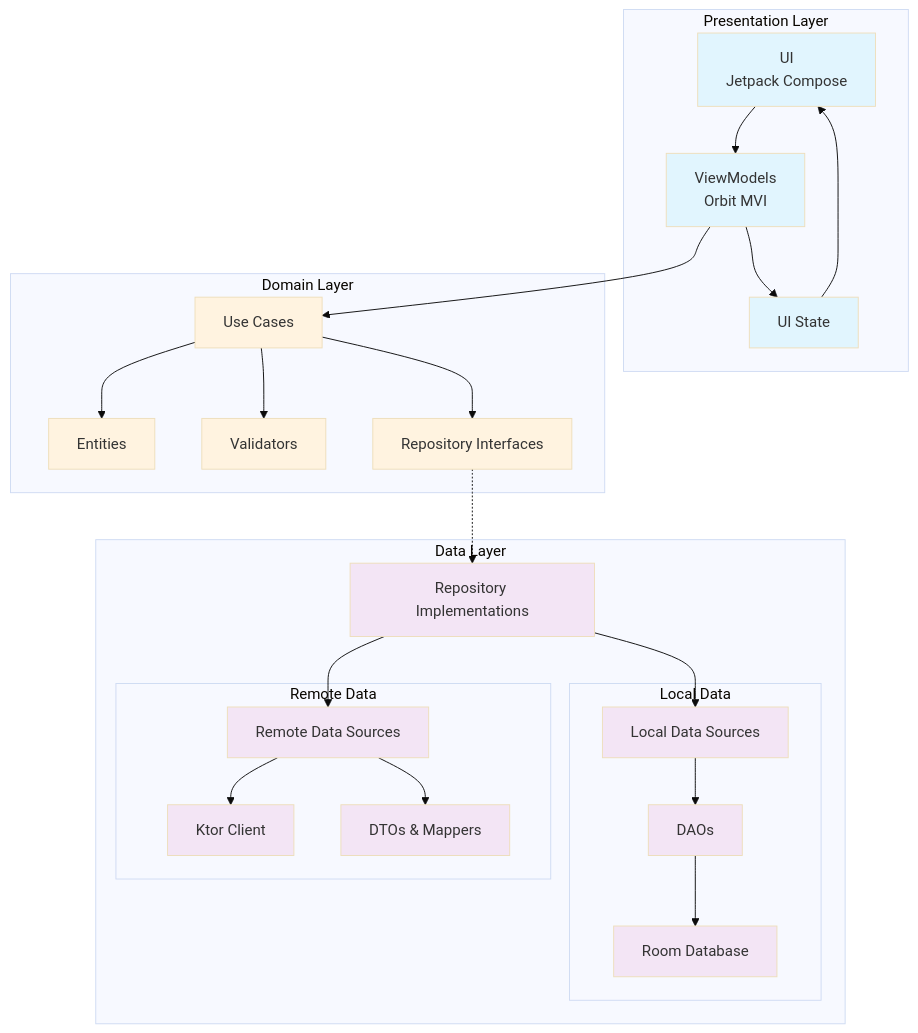
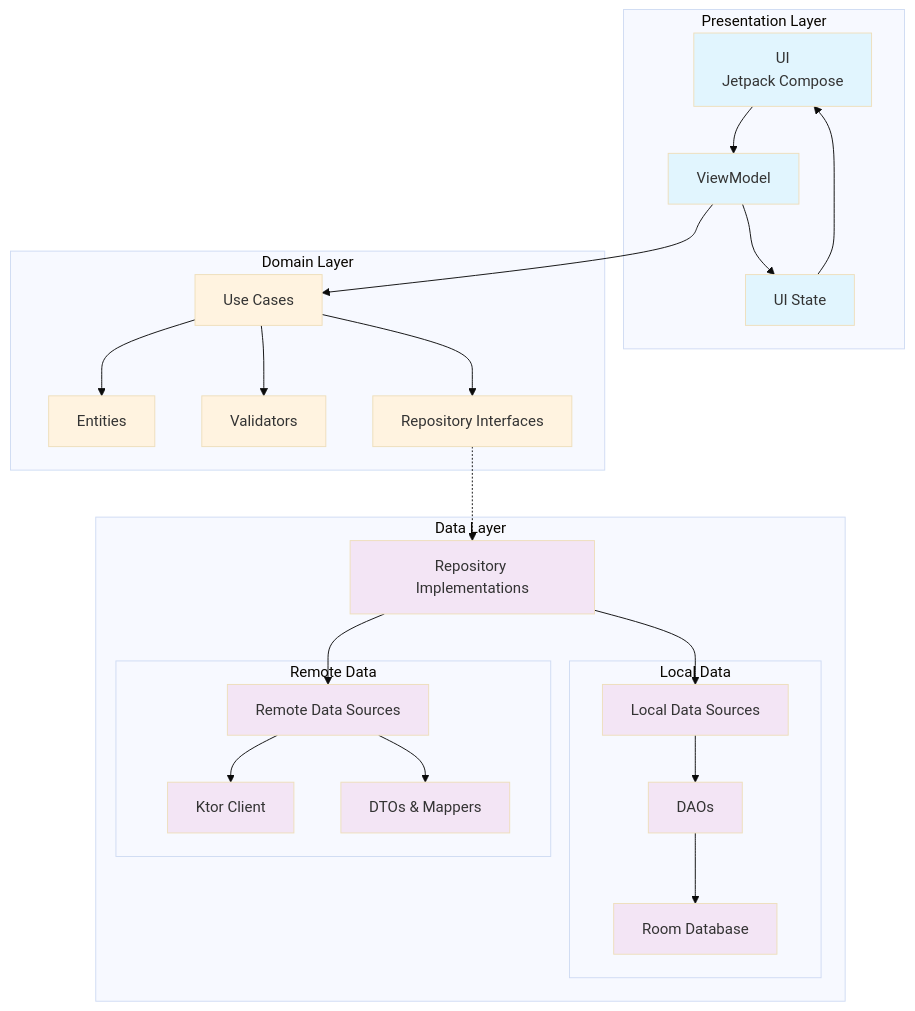
One commit to timurgilfanov/messenger changed the first of 2 diagrams in README.md. Above: the diagram before and after it, drawn with Mermaid (base theme). The commit also changed other lines of this file, not shown here.

First line of the commit message:
docs(architecture): update README to reflect migration from MVI to MVVM

````diff
--- a/README.md
+++ b/README.md
@@ -14,59 +14,59 @@
 ```mermaid
 graph TB
     subgraph "Presentation Layer"
         UI[UI<br/>Jetpack Compose]
-        VM[ViewModels<br/>Orbit MVI]
+        VM[ViewModel]
         UIState[UI State]
     end
     
     subgraph "Domain Layer"
         UC[Use Cases]
         E[Entities]
         V[Validators]
         RI[Repository Interfaces]
     end
     
     subgraph "Data Layer"
         REPO[Repository Implementations]
         subgraph "Local Data"
             ROOM[Room Database]
             DAO[DAOs]
             LDS[Local Data Sources]
         end
         subgraph "Remote Data"
             KTOR[Ktor Client]
             RDS[Remote Data Sources]
             DTO[DTOs & Mappers]
         end
     end
     
     UI --> VM
     VM --> UIState
     UIState --> UI
     VM --> UC
     UC --> RI
     RI -.-> REPO
     UC --> E
     UC --> V
     REPO --> LDS
     REPO --> RDS
     LDS --> DAO
     DAO --> ROOM
     RDS --> KTOR
     RDS --> DTO
     
     style UI fill:#e1f5fe
     style VM fill:#e1f5fe
     style UIState fill:#e1f5fe
     style UC fill:#fff3e0
     style E fill:#fff3e0
     style V fill:#fff3e0
     style RI fill:#fff3e0
     style REPO fill:#f3e5f5
     style ROOM fill:#f3e5f5
     style DAO fill:#f3e5f5
     style LDS fill:#f3e5f5
     style KTOR fill:#f3e5f5
     style RDS fill:#f3e5f5
     style DTO fill:#f3e5f5
 ```
````
